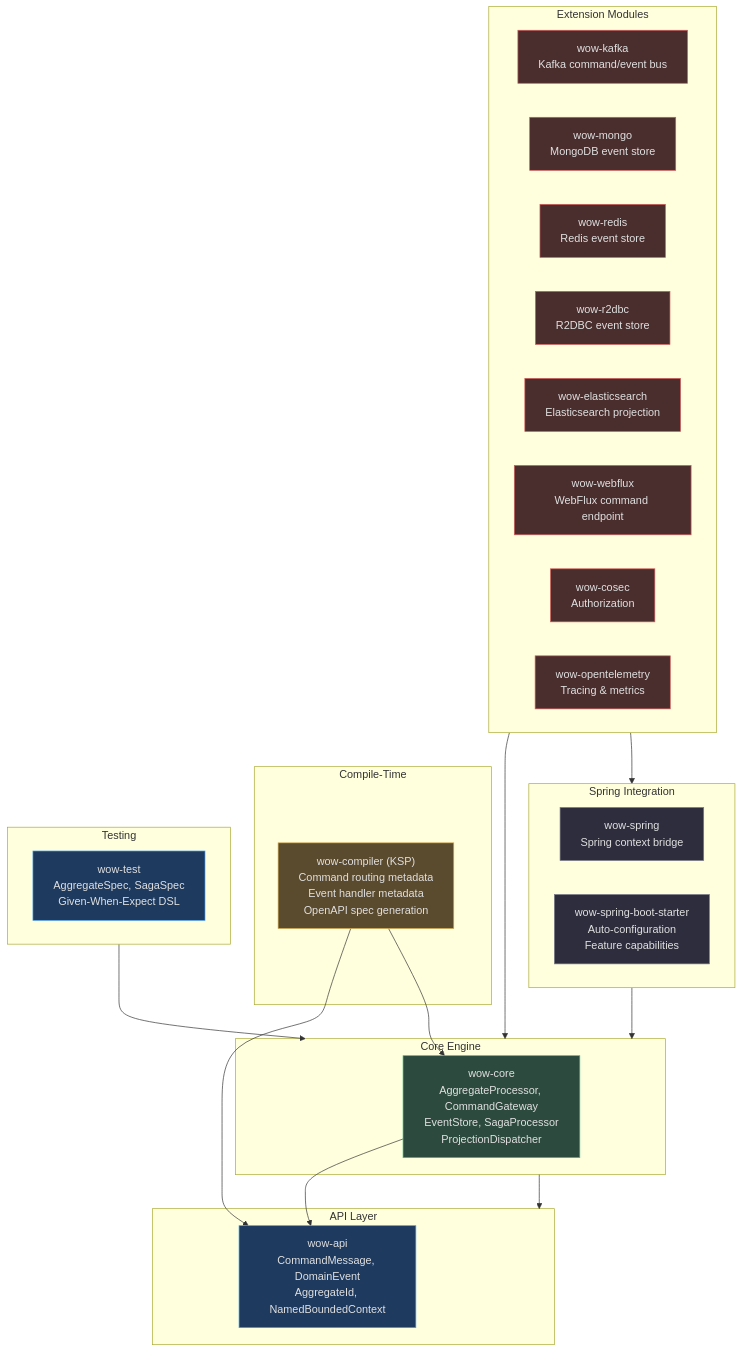
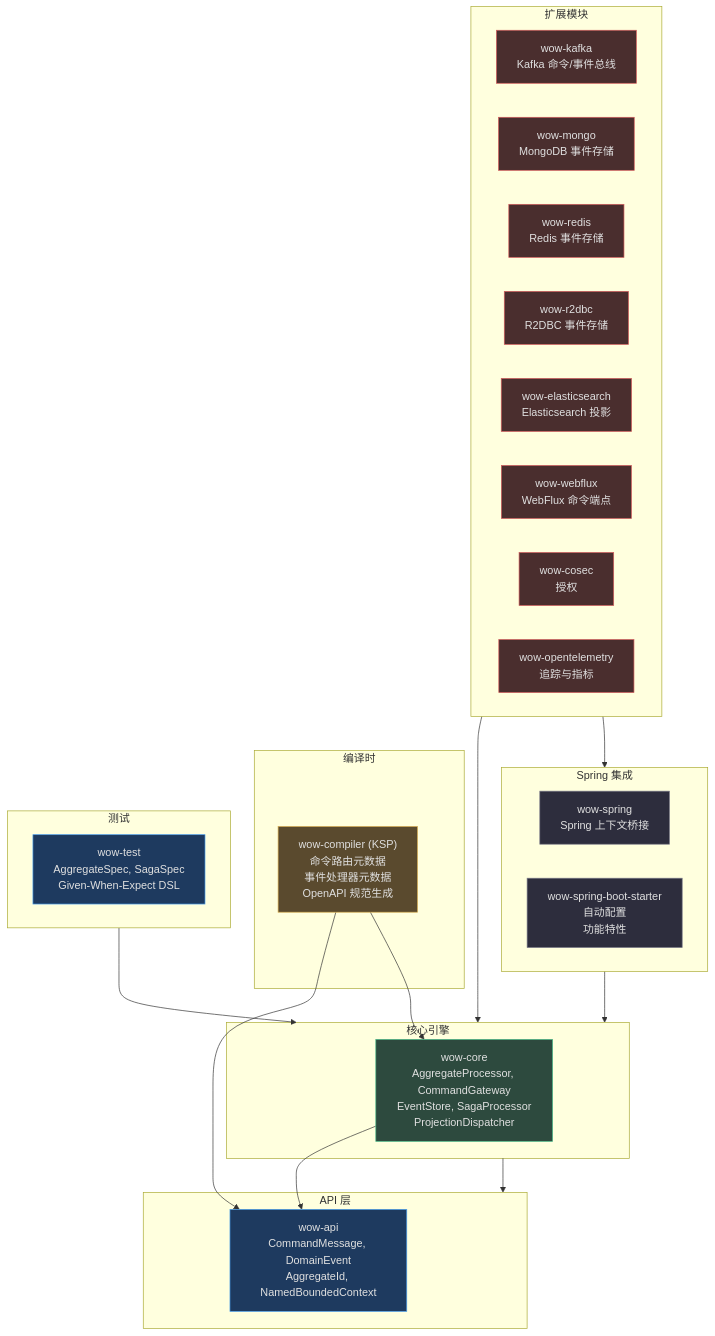
Before and after one commit to Ahoo-Wang/Wow: the first of 6 diagrams in documentation/docs/zh/guide/advanced/architecture.md, drawn with Mermaid. The commit also changed other lines of this file and 11 other files, not shown here.

````diff
--- a/documentation/docs/zh/guide/advanced/architecture.md
+++ b/documentation/docs/zh/guide/advanced/architecture.md
@@ -34,58 +34,58 @@
 ```mermaid
 flowchart TB
-    subgraph API["API Layer<br>"]
+    subgraph API["API 层<br>"]
         A1["wow-api<br>CommandMessage, DomainEvent<br>AggregateId, NamedBoundedContext"]
     end
 
-    subgraph CORE["Core Engine"]
+    subgraph CORE["核心引擎"]
         C1["wow-core<br>AggregateProcessor, CommandGateway<br>EventStore, SagaProcessor<br>ProjectionDispatcher"]
     end
 
-    subgraph COMPILE["Compile-Time"]
-        K1["wow-compiler (KSP)<br>Command routing metadata<br>Event handler metadata<br>OpenAPI spec generation"]
+    subgraph COMPILE["编译时"]
+        K1["wow-compiler (KSP)<br>命令路由元数据<br>事件处理器元数据<br>OpenAPI 规范生成"]
     end
 
-    subgraph EXT["Extension Modules"]
-        E1["wow-kafka<br>Kafka command/event bus"]
-        E2["wow-mongo<br>MongoDB event store"]
-        E3["wow-redis<br>Redis event store"]
-        E4["wow-r2dbc<br>R2DBC event store"]
-        E5["wow-elasticsearch<br>Elasticsearch projection"]
-        E6["wow-webflux<br>WebFlux command endpoint"]
-        E7["wow-cosec<br>Authorization"]
-        E8["wow-opentelemetry<br>Tracing & metrics"]
+    subgraph EXT["扩展模块"]
+        E1["wow-kafka<br>Kafka 命令/事件总线"]
+        E2["wow-mongo<br>MongoDB 事件存储"]
+        E3["wow-redis<br>Redis 事件存储"]
+        E4["wow-r2dbc<br>R2DBC 事件存储"]
+        E5["wow-elasticsearch<br>Elasticsearch 投影"]
+        E6["wow-webflux<br>WebFlux 命令端点"]
+        E7["wow-cosec<br>授权"]
+        E8["wow-opentelemetry<br>追踪与指标"]
     end
 
-    subgraph SPRING["Spring Integration"]
-        S1["wow-spring<br>Spring context bridge"]
-        S2["wow-spring-boot-starter<br>Auto-configuration<br>Feature capabilities"]
+    subgraph SPRING["Spring 集成"]
+        S1["wow-spring<br>Spring 上下文桥接"]
+        S2["wow-spring-boot-starter<br>自动配置<br>功能特性"]
     end
 
-    subgraph TEST["Testing"]
+    subgraph TEST["测试"]
         T1["wow-test<br>AggregateSpec, SagaSpec<br>Given-When-Expect DSL"]
     end
 
     C1 --> A1
     K1 --> A1
     K1 --> C1
     CORE --> API
     EXT --> CORE
     SPRING --> CORE
     EXT --> SPRING
     TEST --> CORE
 
     style A1 fill:#1e3a5f,stroke:#4a9eed,color:#e0e0e0
     style C1 fill:#2d4a3e,stroke:#4aba8a,color:#e0e0e0
     style K1 fill:#5a4a2e,stroke:#d4a84b,color:#e0e0e0
     style E1 fill:#4a2e2e,stroke:#d45b5b,color:#e0e0e0
     style E2 fill:#4a2e2e,stroke:#d45b5b,color:#e0e0e0
     style E3 fill:#4a2e2e,stroke:#d45b5b,color:#e0e0e0
     style E4 fill:#4a2e2e,stroke:#d45b5b,color:#e0e0e0
     style E5 fill:#4a2e2e,stroke:#d45b5b,color:#e0e0e0
     style E6 fill:#4a2e2e,stroke:#d45b5b,color:#e0e0e0
     style E7 fill:#4a2e2e,stroke:#d45b5b,color:#e0e0e0
     style E8 fill:#4a2e2e,stroke:#d45b5b,color:#e0e0e0
     style S1 fill:#2d2d3d,stroke:#7a7a8a,color:#e0e0e0
     style S2 fill:#2d2d3d,stroke:#7a7a8a,color:#e0e0e0
     style T1 fill:#1e3a5f,stroke:#4a9eed,color:#e0e0e0
 ```
````
